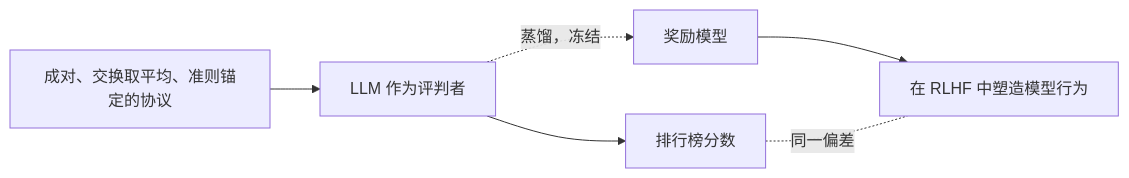
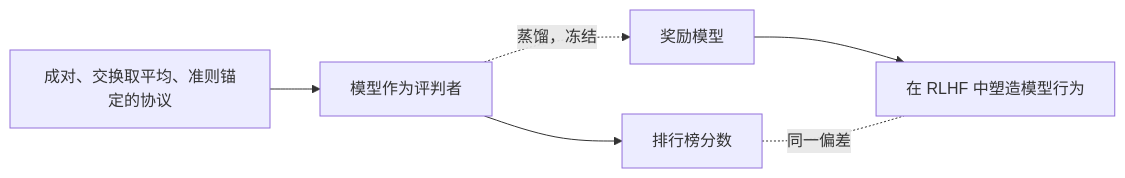
Before and after one commit to latere-ai/ai-as-an-infrastructure: the third of 3 diagrams in zh/p6-evaluation/28-judging-holistic.qmd, drawn with Mermaid. The commit also changed other lines of this file and 106 other files, not shown here.

````diff
--- a/zh/p6-evaluation/28-judging-holistic.qmd
+++ b/zh/p6-evaluation/28-judging-holistic.qmd
@@ -117,10 +117,10 @@
 ```{mermaid}
 %%| label: fig-judging-holistic-dual-role
 %%| fig-cap: "一件有偏的仪器有两个输出。同一套成对、交换取平均、准则锚定的评判协议既给排行榜打分，又在被蒸馏进奖励模型后塑造模型行为，于是评判者的盲点同时成为一个测量误差与一个训练信号。"
 flowchart LR
-  PROT["成对、交换取平均、准则锚定的协议"] --> J["LLM 作为评判者"]
+  PROT["成对、交换取平均、准则锚定的协议"] --> J["模型作为评判者"]
   J --> LB["排行榜分数"]
   J -. "蒸馏，冻结" .-> RM["奖励模型"]
   RM --> TRAIN["在 RLHF 中塑造模型行为"]
   LB -. "同一偏差" .- TRAIN
 ```
````
